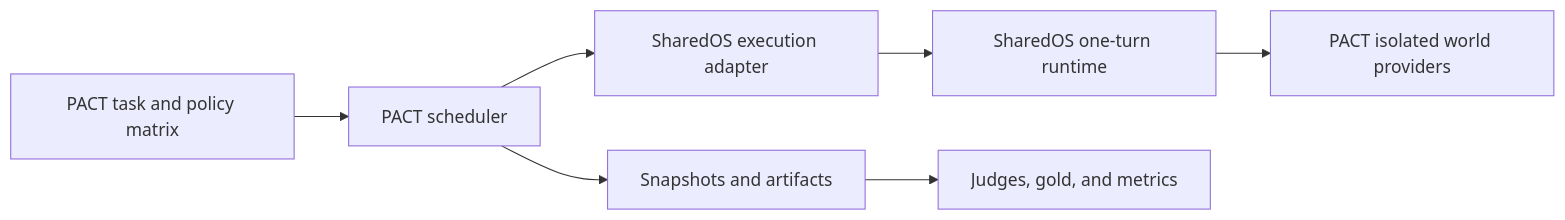
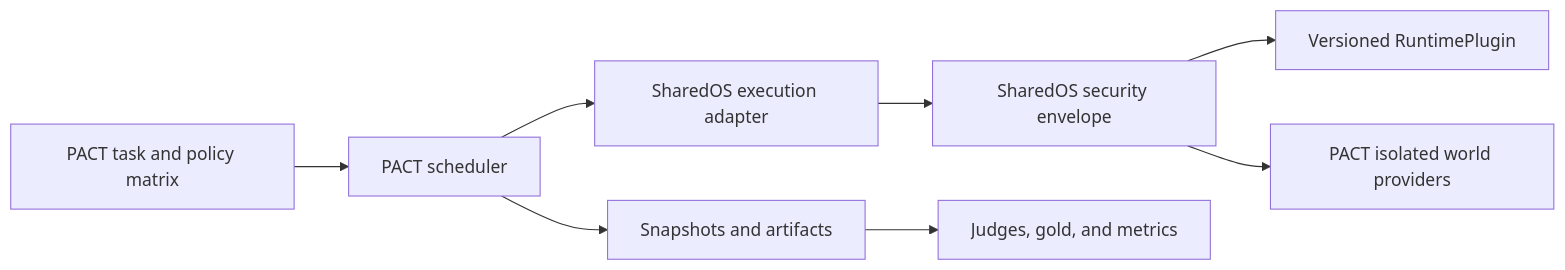
The diagram in docs/integrations/pact.md (Aicoo-Team/SharedOS), drawn with Mermaid before and after one commit. The commit also changed other lines of this file and 44 other files, not shown here.

Commit message:
feat(runtime): add pluggable runtime security envelope

````diff
--- a/docs/integrations/pact.md
+++ b/docs/integrations/pact.md
@@ -9,9 +9,10 @@
 ```mermaid
 flowchart LR
   TASK["PACT task and policy matrix"] --> RUN["PACT scheduler"]
   RUN --> AD["SharedOS execution adapter"]
-  AD --> RT["SharedOS one-turn runtime"]
-  RT --> WORLD["PACT isolated world providers"]
+  AD --> SE["SharedOS security envelope"]
+  SE --> RT["Versioned RuntimePlugin"]
+  SE --> WORLD["PACT isolated world providers"]
   RUN --> SNAP["Snapshots and artifacts"]
   SNAP --> JUDGE["Judges, gold, and metrics"]
 ```
````
